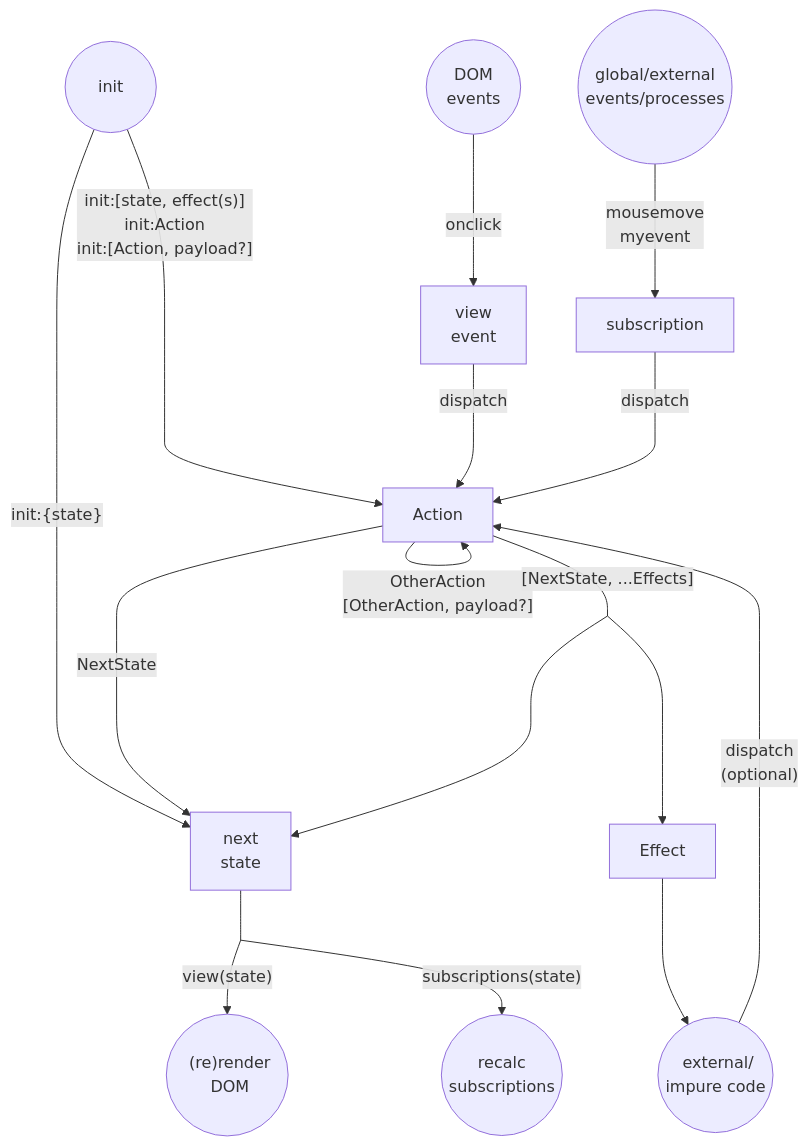
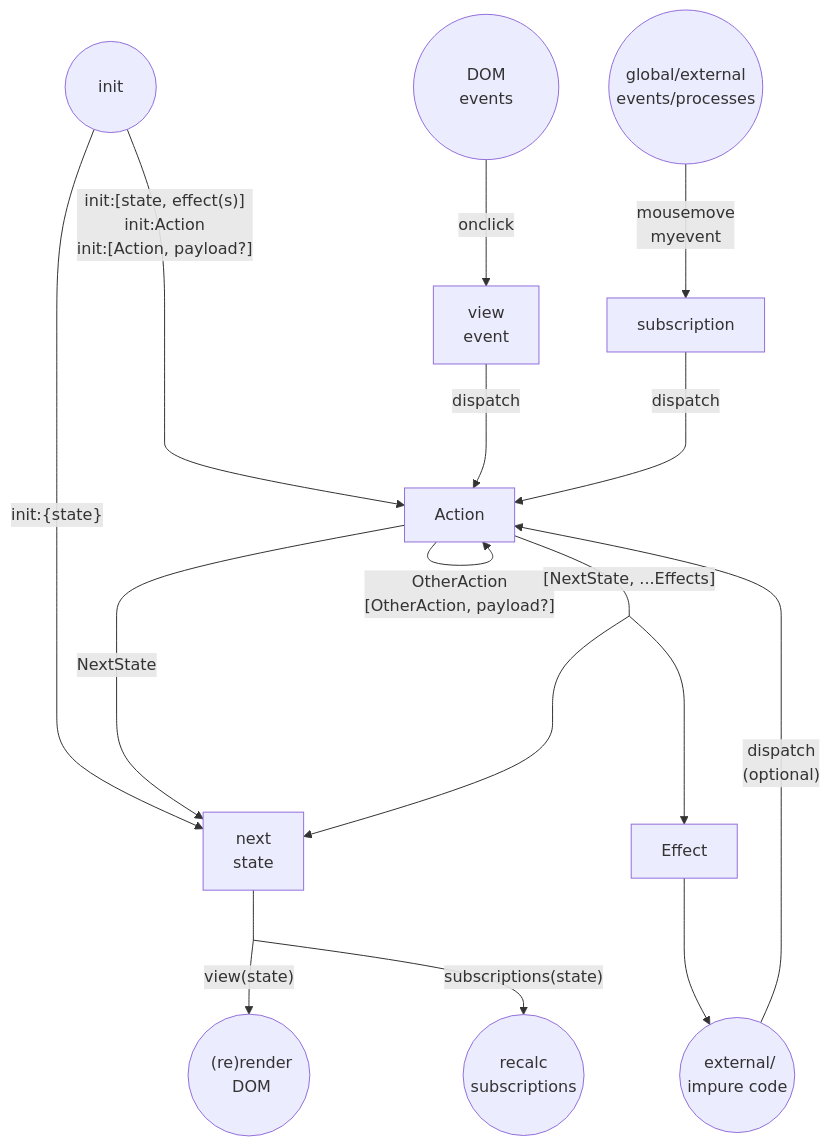
Before and after one commit to jorgebucaran/hyperapp: the diagram in docs/architecture/flowchart.md, drawn with Mermaid.

````diff
--- a/docs/architecture/flowchart.md
+++ b/docs/architecture/flowchart.md
@@ -1,31 +1,31 @@
 ```mermaid
 graph TD
     init(("&nbsp;&nbsp;&nbsp;&nbsp;&nbsp;init&nbsp;&nbsp;&nbsp;&nbsp;&nbsp;"))
     init --> |"init:{state}"|nextState
     init --- |"init:[state, effect(s)]<br/>init:Action<br/>init:[Action, payload?]"|j0[ ]
     j0 --- j8[ ] --> Action
-    domevent(("&nbsp;&nbsp;&nbsp;&nbsp;DOM&nbsp;&nbsp;&nbsp;&nbsp;<br/>events")) -->|onclick| viewEvent[view<br/>event]
+    domevent(("&nbsp;&nbsp;&nbsp;&nbsp;&nbsp;&nbsp;&nbsp;&nbsp;&nbsp;DOM&nbsp;&nbsp;&nbsp;&nbsp;&nbsp;&nbsp;&nbsp;&nbsp;&nbsp;<br/>events")) -->|onclick| viewEvent[view<br/>event]
     viewEvent --- |dispatch|j6[ ] --> Action
     externalEvents(("global/external<br/>events/processes")) -->|mousemove<br/>myevent| subscription
     subscription --- |dispatch|j7[ ] -->Action
     Action -->|"OtherAction<br/>[OtherAction, payload?]"|Action
     Action --> |"NextState"| nextState[next<br/>state]
     Action --- |"[NextState, ...Effects]"|j3[ ]
     j3 --- j10[ ] --> nextState
     j3 --- j4[ ] --> effect["Effect"]
     effect --- j13[ ] --> runEffect(("&nbsp;external/<br/>impure code"))
     runEffect --> |"dispatch<br/>(optional)"|Action
     nextState --- j5[ ]
     j5 --> |"view(state)"|newDom(("&nbsp;&nbsp;&nbsp;(re)render&nbsp;&nbsp;<br/>&nbsp;&nbsp;&nbsp;&nbsp;DOM&nbsp;&nbsp;&nbsp;"))
     j5 --> |"subscriptions(state)"|recalcSubs((recalc<br/>subscriptions))
     
     style j0 height:0px;
     style j3 height:0px;
     style j4 height:0px;
     style j5 height:0px;
     style j6 height:0px;
     style j7 height:0px;
     style j8 height:0px;
     style j10 height:0px;
     style j13 height:0px;
 ```
````
